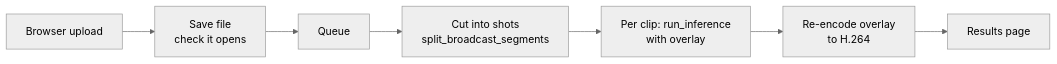
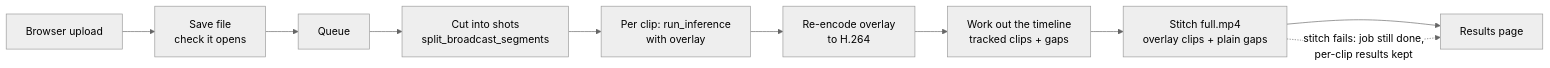
The diagram in docs/inference-web.md (egroeg121/footy-track), drawn with Mermaid (neutral theme) before and after one commit. The commit also changed other lines of this file and 8 other files, not shown here.

First line of the commit message:
feat(inference-web): stitched full video with tracked clips and plain cutaways

````diff
--- a/docs/inference-web.md
+++ b/docs/inference-web.md
@@ -18,9 +20,12 @@
 ```mermaid
 flowchart LR
     U[Browser upload] --> S[Save file<br/>check it opens]
     S --> Q[Queue]
     Q --> C["Cut into shots<br/>split_broadcast_segments"]
     C --> T["Per clip: run_inference<br/>with overlay"]
     T --> E["Re-encode overlay<br/>to H.264"]
-    E --> R[Results page]
+    E --> L["Work out the timeline<br/>tracked clips + gaps"]
+    L --> F["Stitch full.mp4<br/>overlay clips + plain gaps"]
+    F --> R[Results page]
+    F -. "stitch fails: job still done,<br/>per-clip results kept" .-> R
 ```
````
